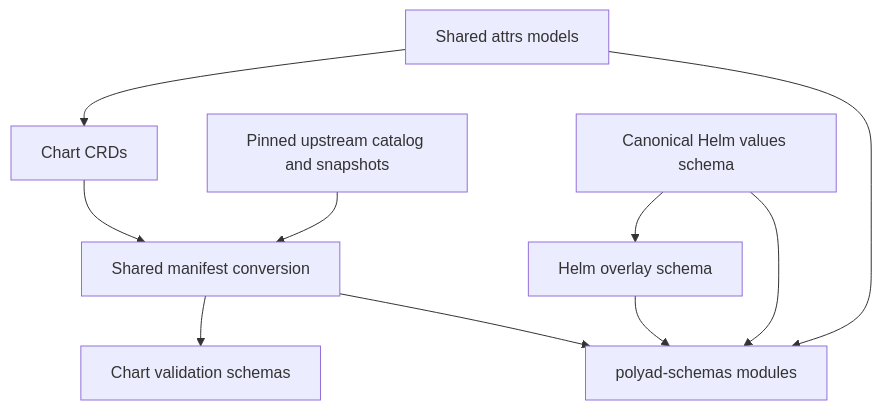
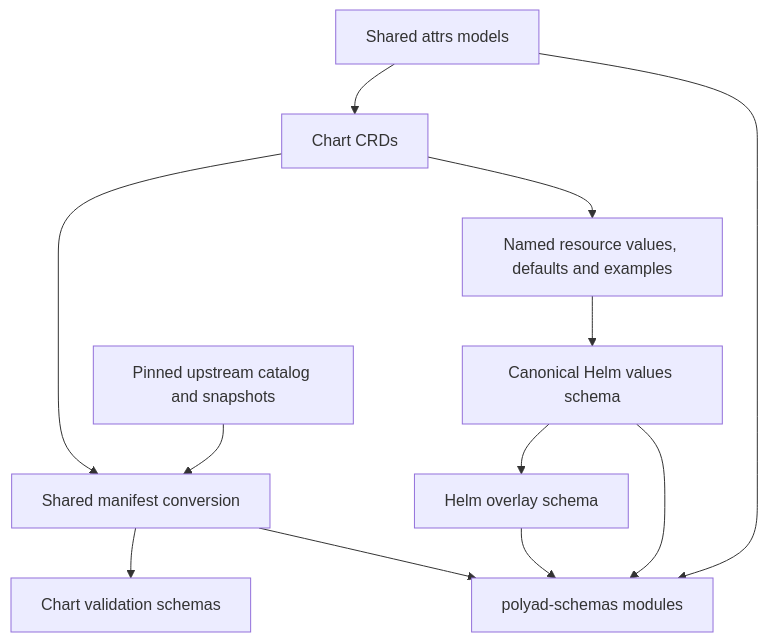
The diagram in schemas/README.md (astrivant/polyad), drawn with Mermaid before and after one commit. The commit also changed other lines of this file and 153 other files, not shown here.

Commit message:
Migrate CRDs to their own chart, additional schema generation, encryption-at-rest support

````diff
--- a/schemas/README.md
+++ b/schemas/README.md
@@ -25,12 +26,14 @@
 ```mermaid
 flowchart TD
     models["Shared attrs models"] --> crds["Chart CRDs"]
     models --> package["polyad-schemas modules"]
     values["Canonical Helm values schema"] --> overlay["Helm overlay schema"]
     values --> package
     overlay --> package
     catalog["Pinned upstream catalog and snapshots"] --> manifests["Shared manifest conversion"]
     crds --> manifests
+    crds --> named["Named resource values, defaults and examples"]
+    named --> values
     manifests --> chart["Chart validation schemas"]
     manifests --> package
 ```
````
